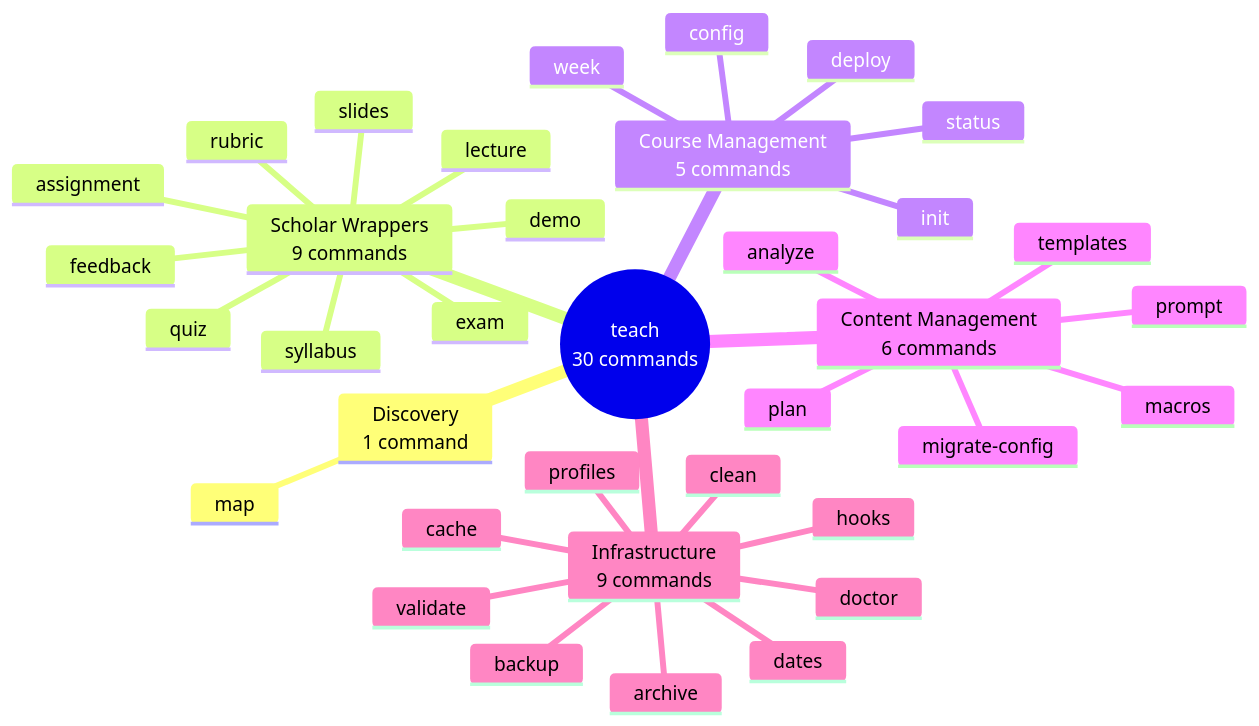
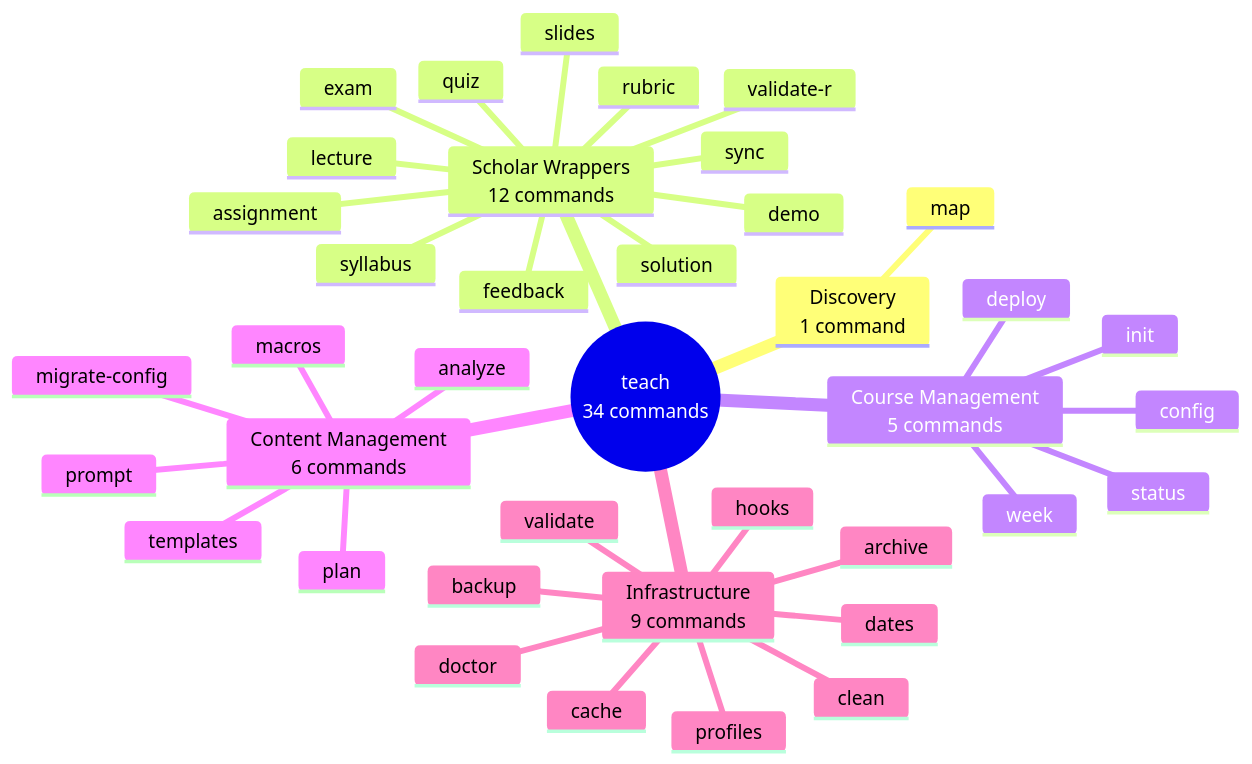
Before and after one commit to Data-Wise/flow-cli: the diagram in docs/reference/REFCARD-TEACH-DISPATCHER.md, drawn with Mermaid. The commit also changed other lines of this file, not shown here.

First line of the commit message:
docs: add v7.6.0 Scholar commands to teach dispatcher refcard

````diff
--- a/docs/reference/REFCARD-TEACH-DISPATCHER.md
+++ b/docs/reference/REFCARD-TEACH-DISPATCHER.md
@@ -9,39 +9,42 @@
 ```mermaid
 mindmap
-  root((teach<br/>30 commands))
+  root((teach<br/>34 commands))
     Discovery<br/>1 command
       map
-    Scholar Wrappers<br/>9 commands
+    Scholar Wrappers<br/>12 commands
       lecture
       slides
       exam
       quiz
       assignment
       syllabus
       rubric
       feedback
       demo
+      solution
+      sync
+      validate-r
     Course Management<br/>5 commands
       init
       deploy
       config
       status
       week
     Content Management<br/>6 commands
       plan
       templates
       macros
       prompt
       analyze
       migrate-config
     Infrastructure<br/>9 commands
       doctor
       validate
       dates
       cache
       clean
       backup
       archive
       hooks
       profiles
 ```
````
